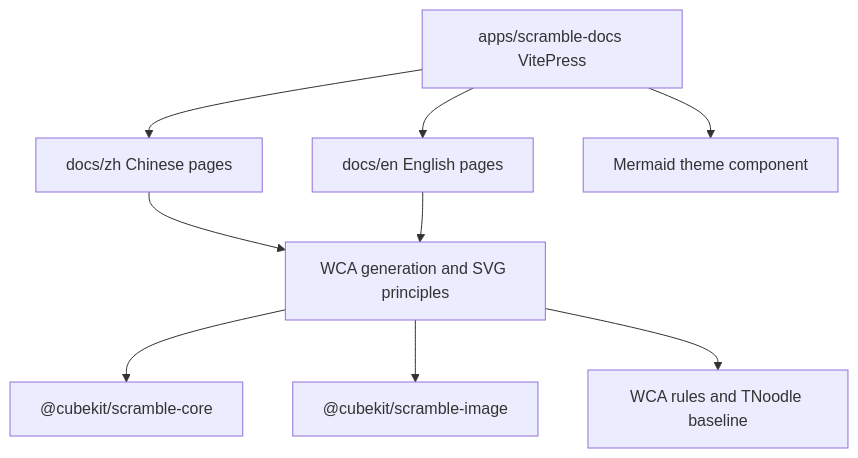
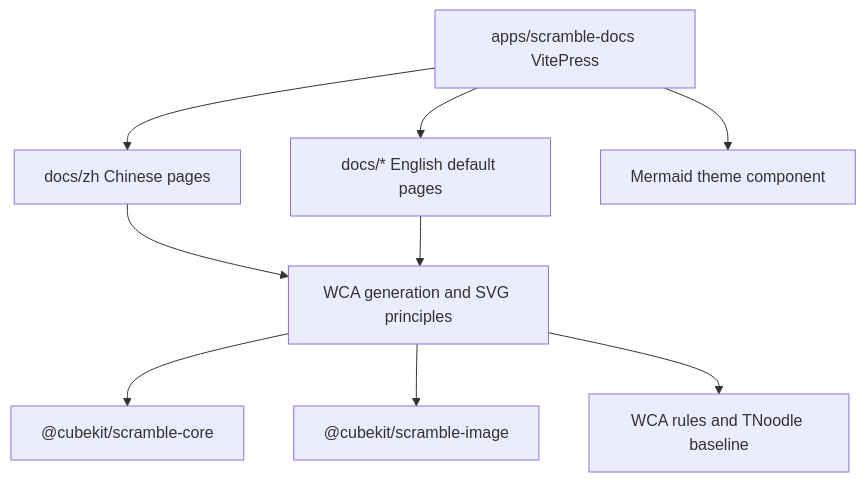
The diagram in docs/apps/scramble-docs/index.md (deweyou/cube-kit), drawn with Mermaid before and after one commit. The commit also changed other lines of this file and 27 other files, not shown here.

````diff
--- a/docs/apps/scramble-docs/index.md
+++ b/docs/apps/scramble-docs/index.md
@@ -3,11 +3,11 @@
 ```mermaid
 flowchart TD
-    Site["apps/scramble-docs VitePress"] --> Zh["docs/zh Chinese pages"]
-    Site --> En["docs/en English pages"]
+    Site["apps/scramble-docs VitePress"] --> En["docs/* English default pages"]
+    Site --> Zh["docs/zh Chinese pages"]
     Site --> Theme["Mermaid theme component"]
     Zh --> Concepts["WCA generation and SVG principles"]
     En --> Concepts
     Concepts --> Core["@cubekit/scramble-core"]
     Concepts --> Image["@cubekit/scramble-image"]
     Concepts --> Upstream["WCA rules and TNoodle baseline"]
 ```
````
